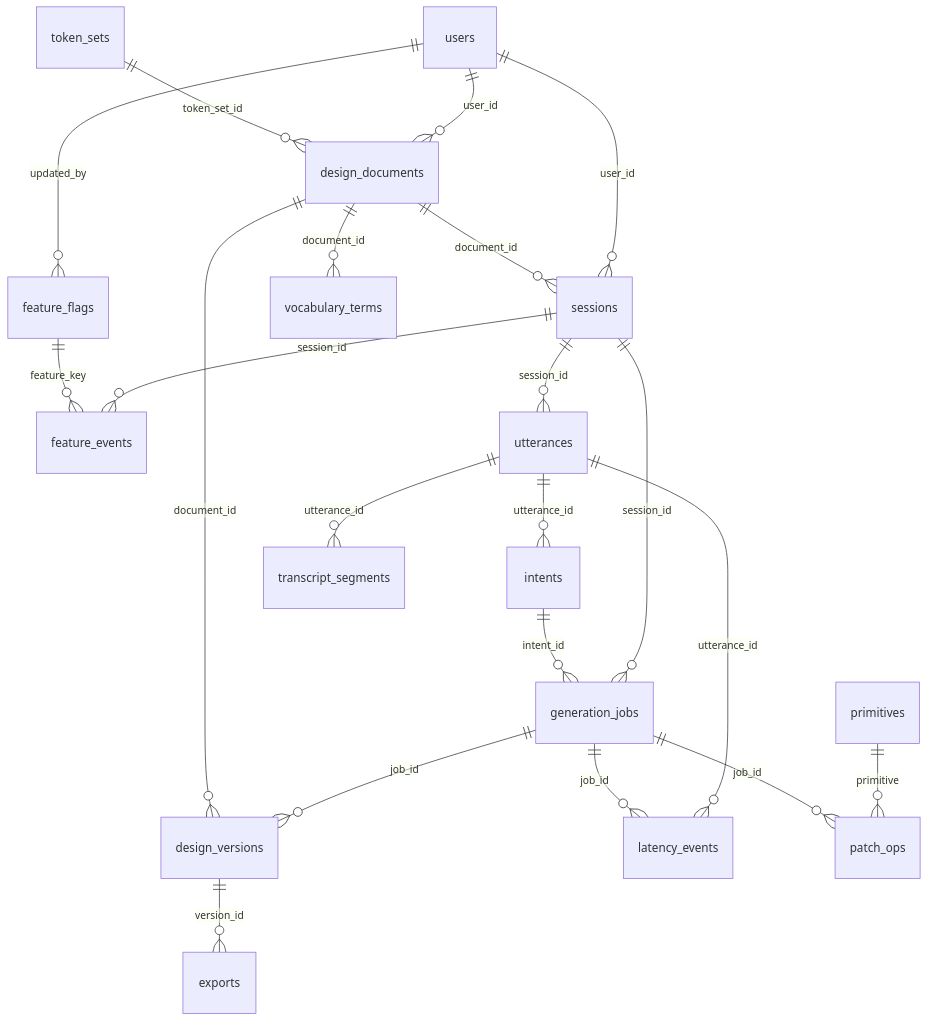
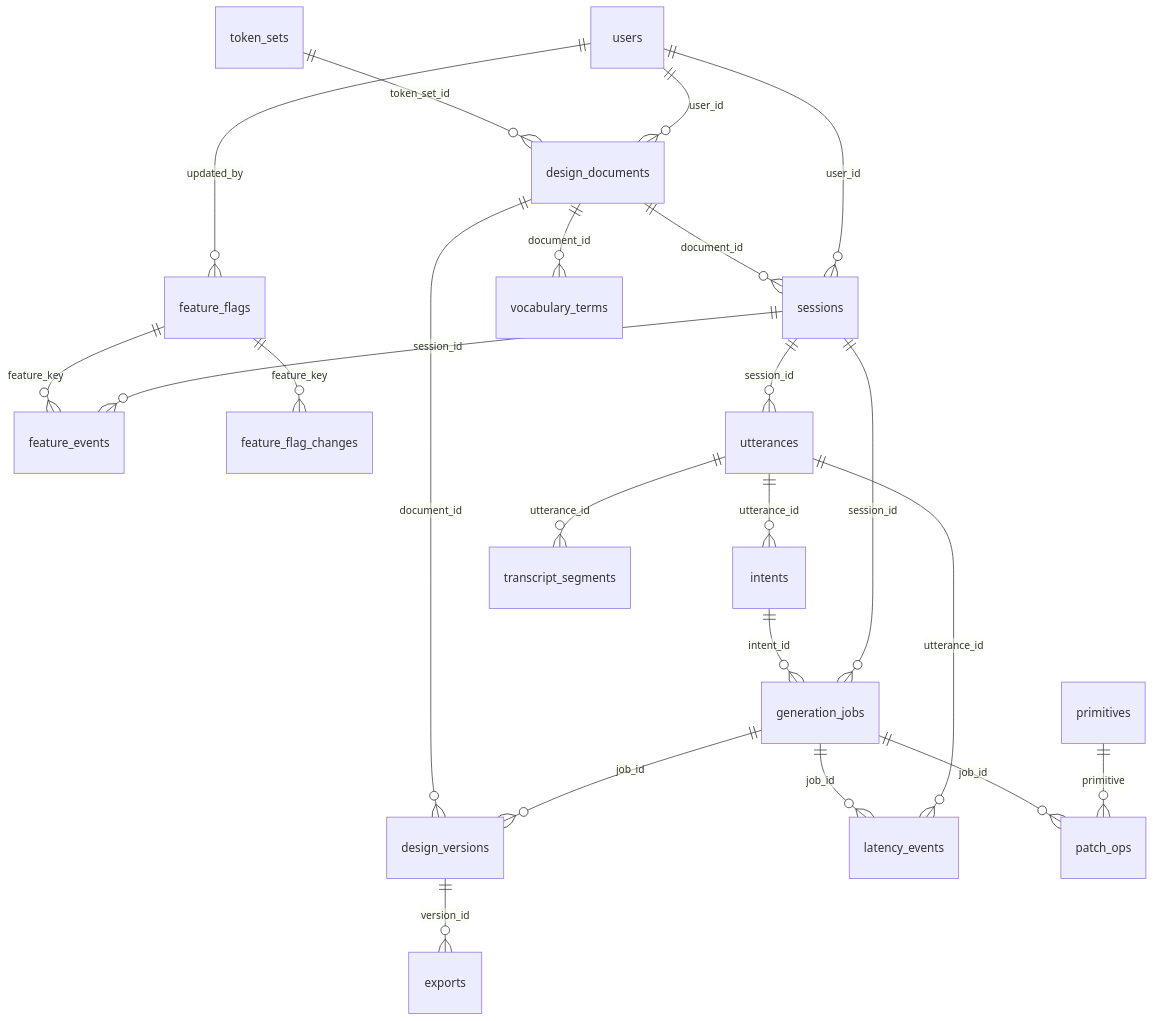
One commit to MAKaminski/VoiceFlows changed the diagram in .claude/index/erd.mmd. Above: the diagram before and after it, drawn with Mermaid. The commit also changed 22 other files, not shown here.

```diff
--- a/.claude/index/erd.mmd
+++ b/.claude/index/erd.mmd
@@ -1,21 +1,22 @@
 erDiagram
     token_sets ||--o{ design_documents : token_set_id
     users ||--o{ design_documents : user_id
     design_documents ||--o{ design_versions : document_id
     generation_jobs ||--o{ design_versions : job_id
     design_versions ||--o{ exports : version_id
     feature_flags ||--o{ feature_events : feature_key
     sessions ||--o{ feature_events : session_id
+    feature_flags ||--o{ feature_flag_changes : feature_key
     users ||--o{ feature_flags : updated_by
     intents ||--o{ generation_jobs : intent_id
     sessions ||--o{ generation_jobs : session_id
     utterances ||--o{ intents : utterance_id
     generation_jobs ||--o{ latency_events : job_id
     utterances ||--o{ latency_events : utterance_id
     generation_jobs ||--o{ patch_ops : job_id
     primitives ||--o{ patch_ops : primitive
     design_documents ||--o{ sessions : document_id
     users ||--o{ sessions : user_id
     utterances ||--o{ transcript_segments : utterance_id
     sessions ||--o{ utterances : session_id
     design_documents ||--o{ vocabulary_terms : document_id
```
